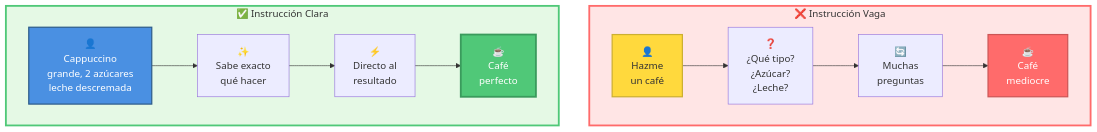
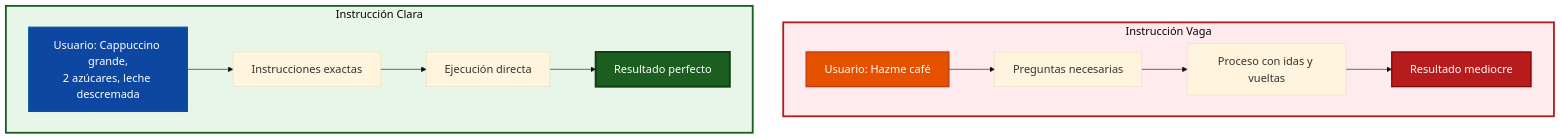
Before and after one commit to Ai-Whisperers/Courses-Content: the first of 18 diagrams in courses/🟡-development/FPUNA-2026/00-FUNDAMENTOS-PRINCIPALES/03-ingenieria-prompts.md, drawn with Mermaid. The commit also changed other lines of this file and 47 other files, not shown here.

First line of the commit message:
fix: Make all 473 diagrams WCAG AAA accessible (FPUNA-2026)

````diff
--- a/courses/🟡-development/FPUNA-2026/00-FUNDAMENTOS-PRINCIPALES/03-ingenieria-prompts.md
+++ b/courses/🟡-development/FPUNA-2026/00-FUNDAMENTOS-PRINCIPALES/03-ingenieria-prompts.md
@@ -60,23 +60,24 @@
 ```mermaid
+%%{init: {'theme':'base', 'themeVariables': {'fontSize':'18px'}}}%%
 graph TB
-    subgraph Vague["❌ Instrucción Vaga"]
+    subgraph Vague["Instrucción Vaga"]
         direction LR
-        A1["👤<br/>Hazme<br/>un café"] --> B1["❓<br/>¿Qué tipo?<br/>¿Azúcar?<br/>¿Leche?"]
-        B1 --> C1["🔄<br/>Muchas<br/>preguntas"]
-        C1 --> D1["☕<br/>Café<br/>mediocre"]
+        A1["Usuario: Hazme café"] --> B1["Preguntas necesarias"]
+        B1 --> C1["Proceso con idas y vueltas"]
+        C1 --> D1["Resultado mediocre"]
     end
     
-    subgraph Clear["✅ Instrucción Clara"]
+    subgraph Clear["Instrucción Clara"]
         direction LR
-        A2["👤<br/>Cappuccino<br/>grande, 2 azúcares<br/>leche descremada"] --> B2["✨<br/>Sabe exacto<br/>qué hacer"]
-        B2 --> C2["⚡<br/>Directo al<br/>resultado"]
-        C2 --> D2["☕<br/>Café<br/>perfecto"]
+        A2["Usuario: Cappuccino grande,<br>2 azúcares, leche descremada"] --> B2["Instrucciones exactas"]
+        B2 --> C2["Ejecución directa"]
+        C2 --> D2["Resultado perfecto"]
     end
     
-    style Vague fill:#FFE5E5,stroke:#FF6B6B,stroke-width:3px
-    style Clear fill:#E5F9E5,stroke:#50C878,stroke-width:3px
-    style D1 fill:#FF6B6B,stroke:#CC5555,stroke-width:2px,color:#fff
-    style D2 fill:#50C878,stroke:#3A9B5C,stroke-width:3px,color:#fff
-    style A1 fill:#FFD93D,stroke:#CCB031,stroke-width:2px,color:#333
-    style A2 fill:#4A90E2,stroke:#2E5C8A,stroke-width:2px,color:#fff
+    style Vague fill:#ffebee,stroke:#b71c1c,stroke-width:3px
+    style Clear fill:#e8f5e9,stroke:#1b5e20,stroke-width:3px
+    style D1 fill:#b71c1c,stroke:#7f0000,stroke-width:2px,color:#fff
+    style D2 fill:#1b5e20,stroke:#0d3d0f,stroke-width:3px,color:#fff
+    style A1 fill:#e65100,stroke:#bf360c,stroke-width:2px,color:#fff
+    style A2 fill:#0d47a1,stroke:#01579b,stroke-width:2px,color:#fff
 ```
````
